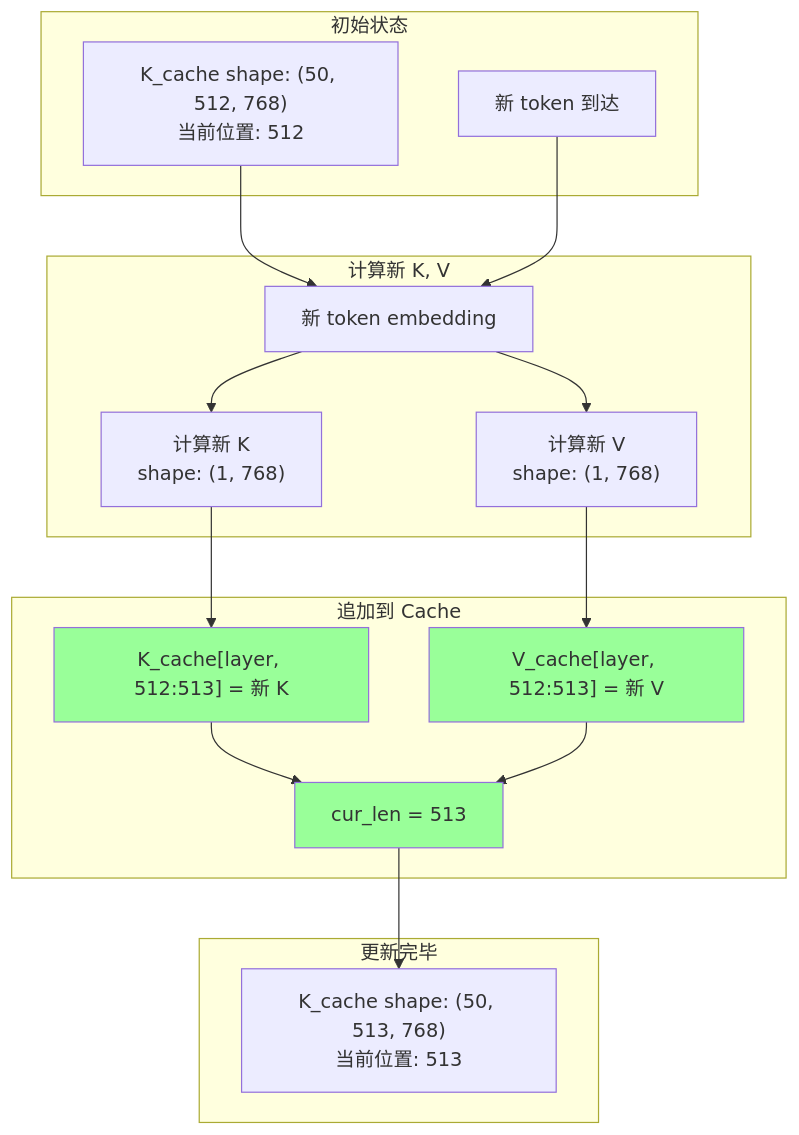
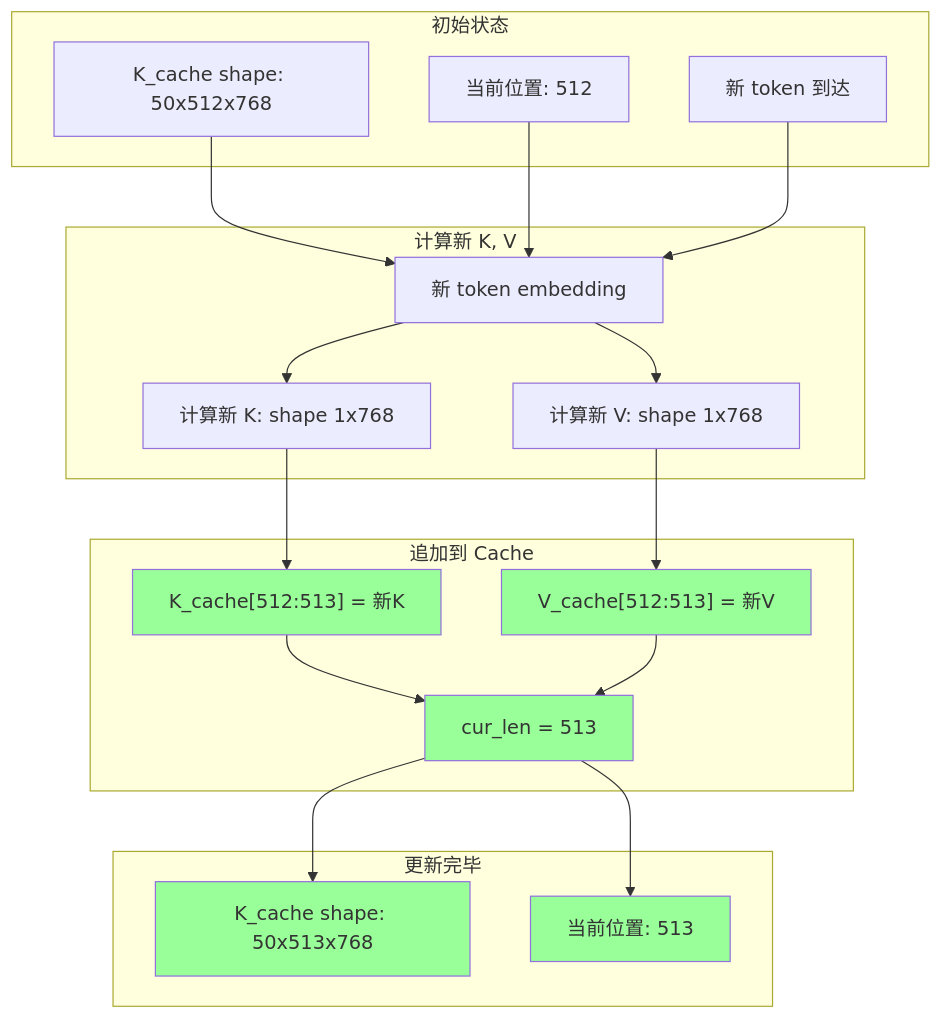
One commit to konyellin-cyber/longer changed the seventh of 16 diagrams in kvcache_implementation.md. Above: the diagram before and after it, drawn with Mermaid. The commit also changed other lines of this file, not shown here.

Commit message:
Fix Mermaid syntax errors: remove special characters and multiline text in node labels

````diff
--- a/kvcache_implementation.md
+++ b/kvcache_implementation.md
@@ -177,35 +180,43 @@
 ```mermaid
 graph TB
-    subgraph "初始状态"
-        I1["K_cache shape: (50, 512, 768)<br/>当前位置: 512"]
-        I2["新 token 到达"]
+    subgraph A["初始状态"]
+        I1["K_cache shape: 50x512x768"]
+        I2["当前位置: 512"]
+        I3["新 token 到达"]
     end
     
-    subgraph "计算新 K, V"
+    subgraph B["计算新 K, V"]
         P1["新 token embedding"]
-        P1 --> P2["计算新 K<br/>shape: (1, 768)"]
-        P1 --> P3["计算新 V<br/>shape: (1, 768)"]
+        P2["计算新 K: shape 1x768"]
+        P3["计算新 V: shape 1x768"]
     end
     
-    subgraph "追加到 Cache"
-        U1["K_cache[layer, 512:513] = 新 K"]
-        U2["V_cache[layer, 512:513] = 新 V"]
+    subgraph C["追加到 Cache"]
+        U1["K_cache[512:513] = 新K"]
+        U2["V_cache[512:513] = 新V"]
         U3["cur_len = 513"]
     end
     
-    subgraph "更新完毕"
-        F1["K_cache shape: (50, 513, 768)<br/>当前位置: 513"]
+    subgraph D["更新完毕"]
+        F1["K_cache shape: 50x513x768"]
+        F2["当前位置: 513"]
     end
     
     I1 --> P1
     I2 --> P1
+    I3 --> P1
+    P1 --> P2
+    P1 --> P3
     P2 --> U1
     P3 --> U2
     U1 --> U3
     U2 --> U3
     U3 --> F1
+    U3 --> F2
     
     style U1 fill:#99ff99
     style U2 fill:#99ff99
     style U3 fill:#99ff99
+    style F1 fill:#99ff99
+    style F2 fill:#99ff99
 ```
````
